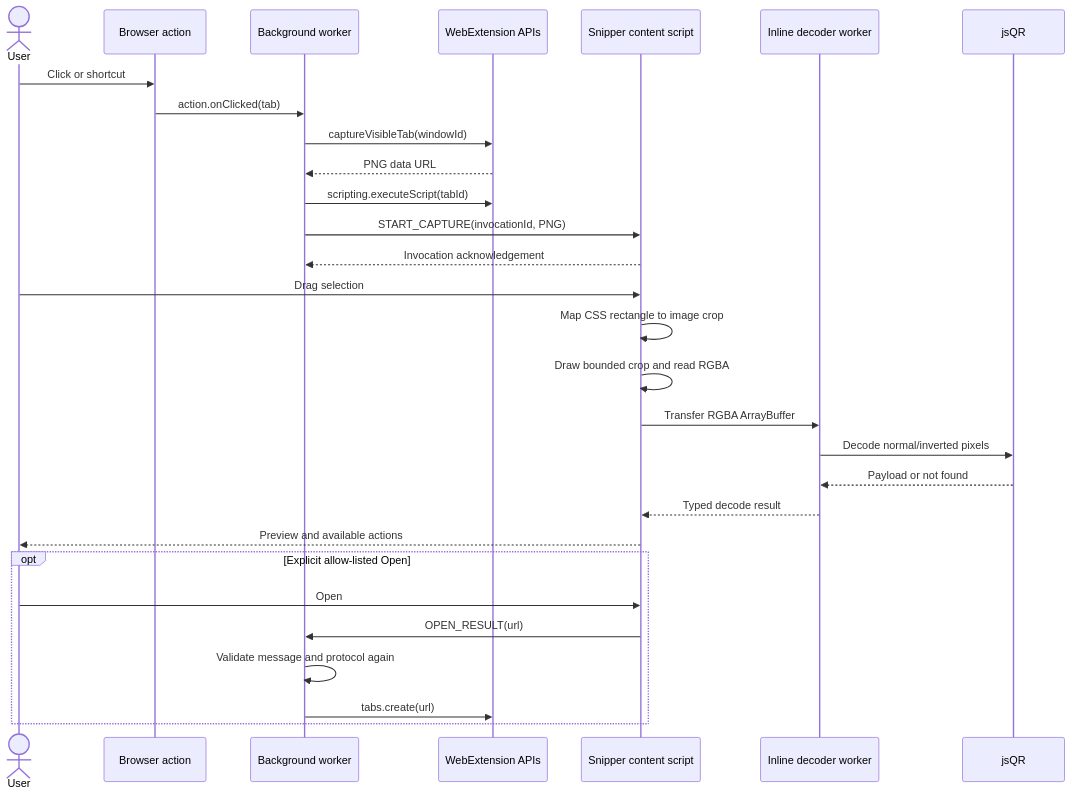
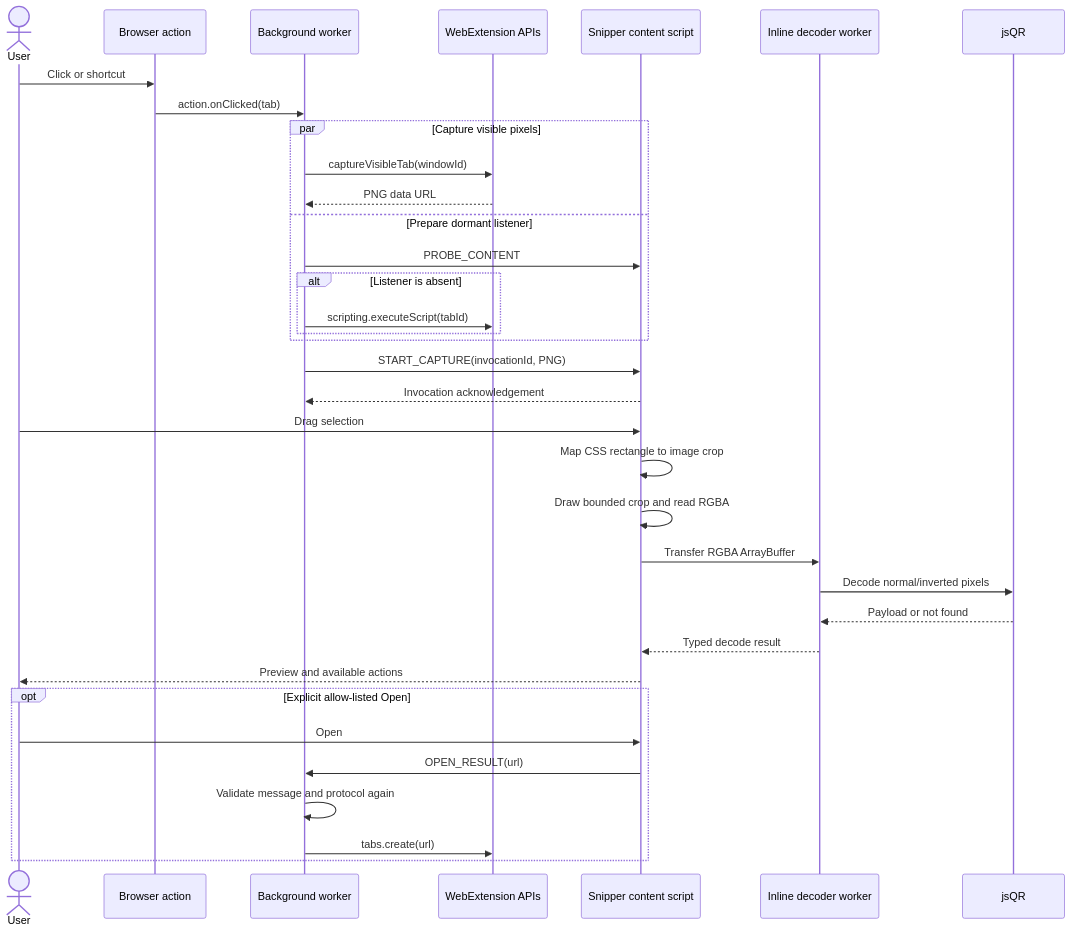
One commit to alwinpamintuan/qr-snip changed the diagram in docs/ARCHITECTURE.md. Above: the diagram before and after it, drawn with Mermaid. The commit also changed other lines of this file and 10 other files, not shown here.

````diff
--- a/docs/ARCHITECTURE.md
+++ b/docs/ARCHITECTURE.md
@@ -46,32 +46,38 @@
 ```mermaid
 sequenceDiagram
     actor User
     participant Action as Browser action
     participant BG as Background worker
     participant API as WebExtension APIs
     participant CS as Snipper content script
     participant DW as Inline decoder worker
     participant QR as jsQR
 
     User->>Action: Click or shortcut
     Action->>BG: action.onClicked(tab)
-    BG->>API: captureVisibleTab(windowId)
-    API-->>BG: PNG data URL
-    BG->>API: scripting.executeScript(tabId)
+    par Capture visible pixels
+        BG->>API: captureVisibleTab(windowId)
+        API-->>BG: PNG data URL
+    and Prepare dormant listener
+        BG->>CS: PROBE_CONTENT
+        alt Listener is absent
+            BG->>API: scripting.executeScript(tabId)
+        end
+    end
     BG->>CS: START_CAPTURE(invocationId, PNG)
     CS-->>BG: Invocation acknowledgement
     User->>CS: Drag selection
     CS->>CS: Map CSS rectangle to image crop
     CS->>CS: Draw bounded crop and read RGBA
     CS->>DW: Transfer RGBA ArrayBuffer
     DW->>QR: Decode normal/inverted pixels
     QR-->>DW: Payload or not found
     DW-->>CS: Typed decode result
     CS-->>User: Preview and available actions
     opt Explicit allow-listed Open
         User->>CS: Open
         CS->>BG: OPEN_RESULT(url)
         BG->>BG: Validate message and protocol again
         BG->>API: tabs.create(url)
     end
 ```
````
